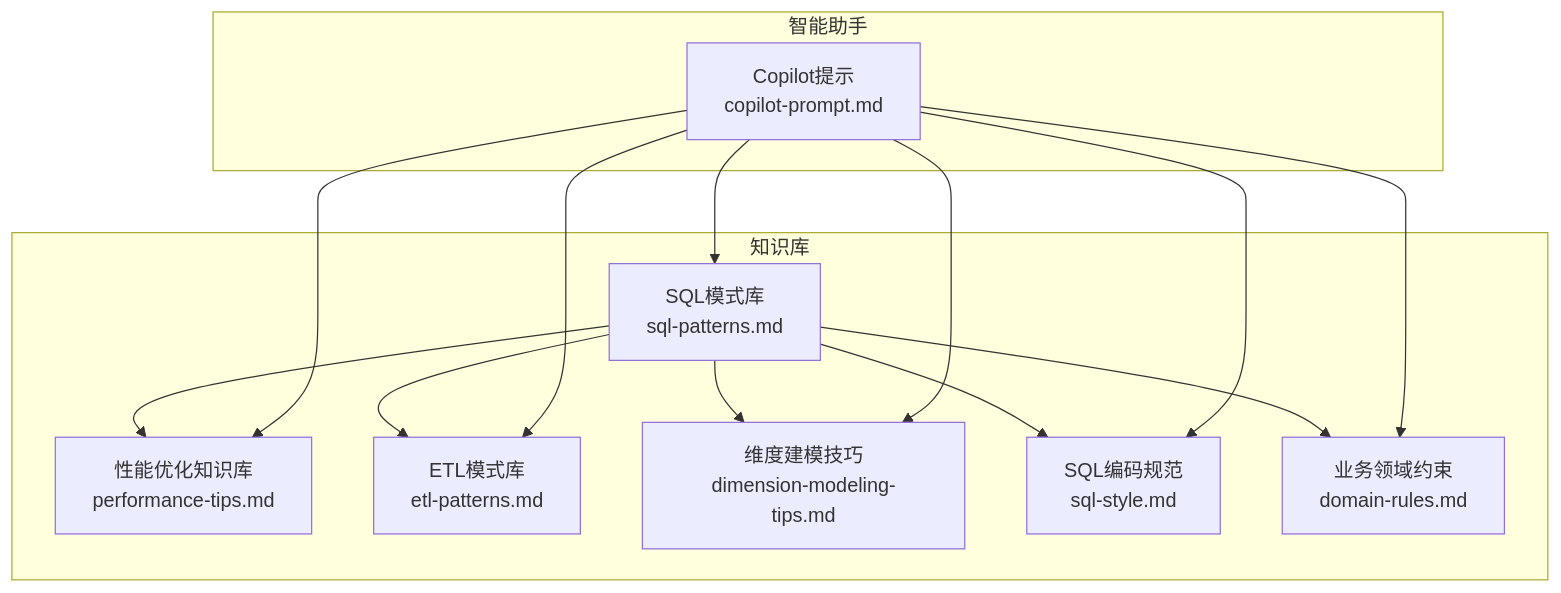
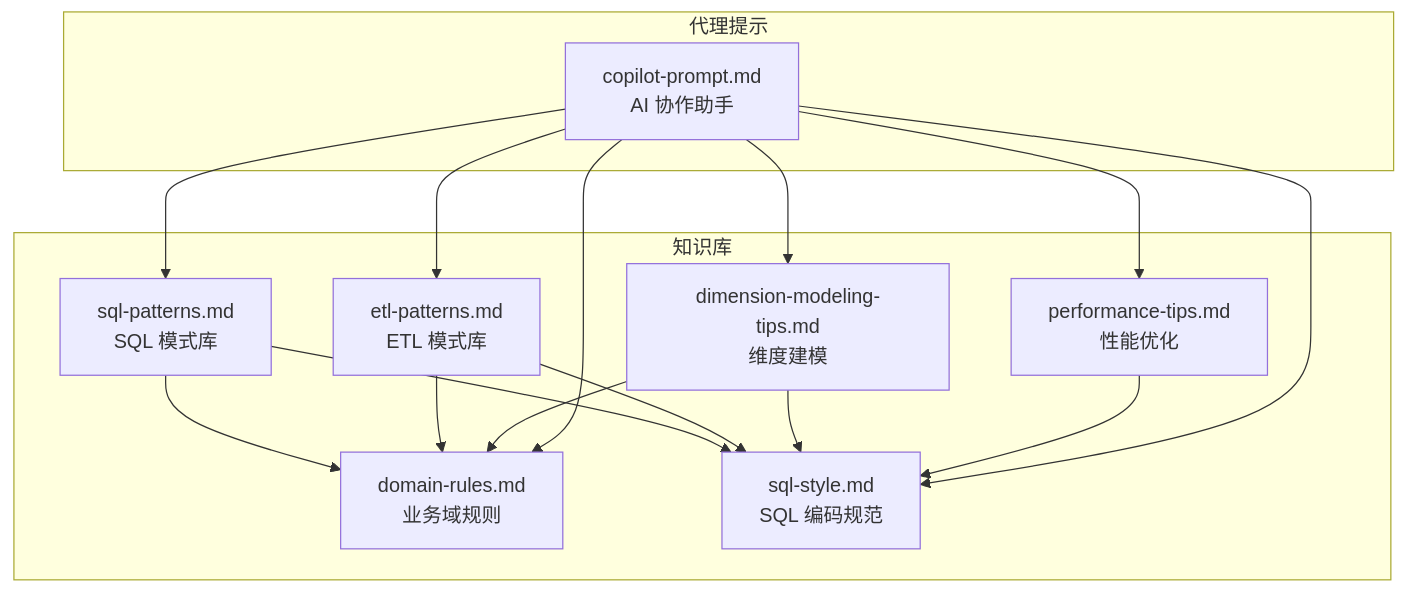
One commit to 13679659643/Data_Warehouse_Engineering changed the first of 3 diagrams in .qoder/repowiki/zh/content/知识库系统/SQL模式库.md. Above: the diagram before and after it, drawn with Mermaid. The commit also changed other lines of this file and 88 other files, not shown here.

````diff
--- a/.qoder/repowiki/zh/content/知识库系统/SQL模式库.md
+++ b/.qoder/repowiki/zh/content/知识库系统/SQL模式库.md
@@ -32,25 +45,27 @@
 ```mermaid
 graph TB
 subgraph "知识库"
-SP["SQL模式库<br/>sql-patterns.md"]
-PT["性能优化知识库<br/>performance-tips.md"]
-EP["ETL模式库<br/>etl-patterns.md"]
-DM["维度建模技巧<br/>dimension-modeling-tips.md"]
-SR["SQL编码规范<br/>sql-style.md"]
-DR["业务领域约束<br/>domain-rules.md"]
+SP["sql-patterns.md<br/>SQL 模式库"]
+EP["etl-patterns.md<br/>ETL 模式库"]
+PT["performance-tips.md<br/>性能优化"]
+DM["dimension-modeling-tips.md<br/>维度建模"]
+DR["domain-rules.md<br/>业务域规则"]
+SS["sql-style.md<br/>SQL 编码规范"]
 end
-subgraph "智能助手"
-CP["Copilot提示<br/>copilot-prompt.md"]
+subgraph "代理提示"
+CP["copilot-prompt.md<br/>AI 协作助手"]
 end
-SP --> PT
-SP --> EP
-SP --> DM
-SP --> SR
 SP --> DR
+SP --> SS
+EP --> DR
+EP --> SS
+DM --> DR
+DM --> SS
+PT --> SS
 CP --> SP
+CP --> EP
 CP --> PT
-CP --> EP
 CP --> DM
-CP --> SR
 CP --> DR
+CP --> SS
 ```
````
